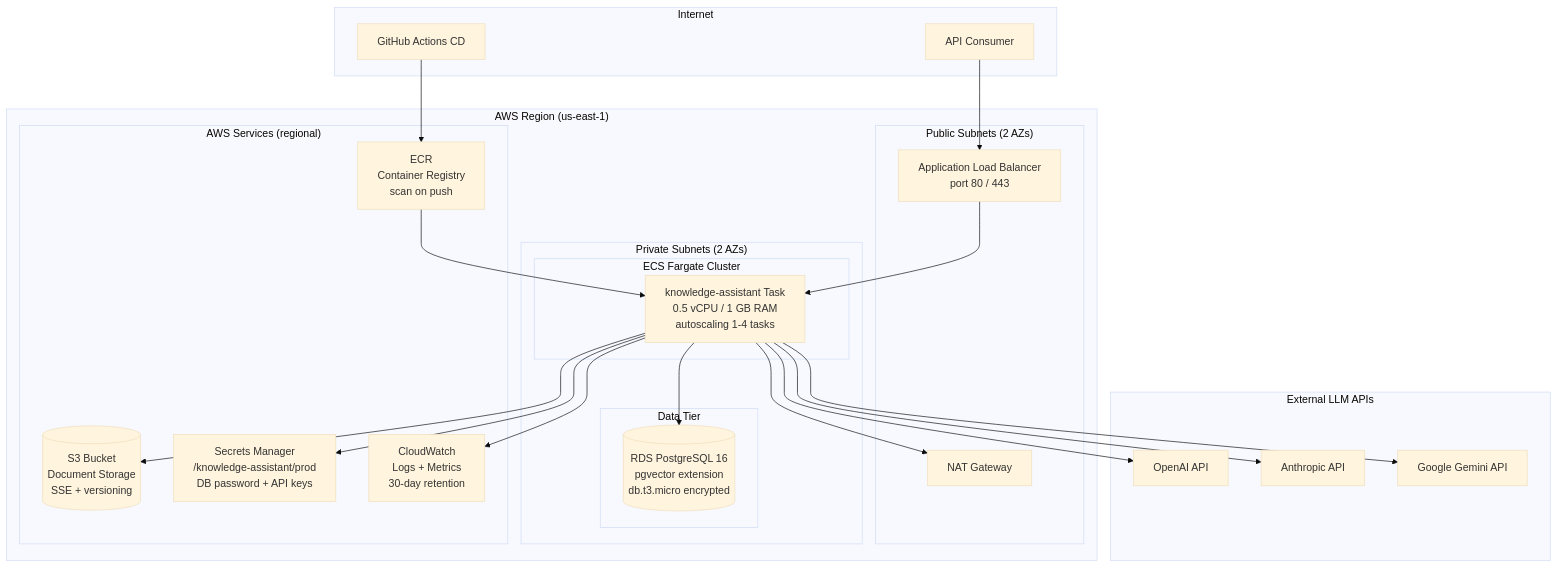
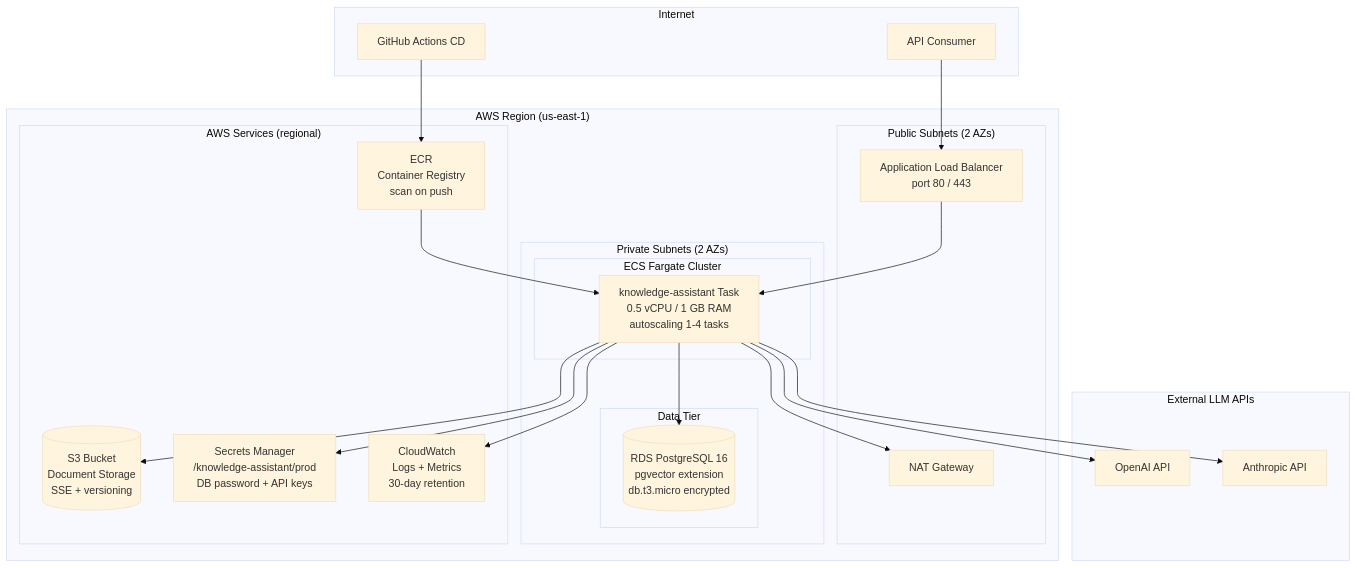
One commit to hishamaborob/knowledge-assistant changed the eighth of 8 diagrams in docs/architecture/ARCHITECTURE.md. Above: the diagram before and after it, drawn with Mermaid (base theme). The commit also changed other lines of this file and 4 other files, not shown here.

````diff
--- a/docs/architecture/ARCHITECTURE.md
+++ b/docs/architecture/ARCHITECTURE.md
@@ -449,50 +452,48 @@
 ```mermaid
 graph TB
     subgraph Internet
         User[API Consumer]
         GH[GitHub Actions CD]
     end
 
     subgraph AWS["AWS Region (us-east-1)"]
         subgraph Public["Public Subnets (2 AZs)"]
             ALB[Application Load Balancer\nport 80 / 443]
             NGW[NAT Gateway]
         end
 
         subgraph Private["Private Subnets (2 AZs)"]
             subgraph ECS["ECS Fargate Cluster"]
                 Task[knowledge-assistant Task\n0.5 vCPU / 1 GB RAM\nautoscaling 1-4 tasks]
             end
 
             subgraph Data["Data Tier"]
                 RDS[(RDS PostgreSQL 16\npgvector extension\ndb.t3.micro encrypted)]
             end
         end
 
         subgraph Services["AWS Services (regional)"]
             S3[(S3 Bucket\nDocument Storage\nSSE + versioning)]
             SM[Secrets Manager\n/knowledge-assistant/prod\nDB password + API keys]
             ECR[ECR\nContainer Registry\nscan on push]
             CW[CloudWatch\nLogs + Metrics\n30-day retention]
         end
     end
 
     subgraph External["External LLM APIs"]
         OAI[OpenAI API]
         ANT[Anthropic API]
-        GEM[Google Gemini API]
     end
 
     User --> ALB
     ALB --> Task
     Task --> RDS
     Task --> S3
     Task --> SM
     Task --> CW
     Task --> OAI
     Task --> ANT
-    Task --> GEM
     Task --> NGW
     GH --> ECR
     ECR --> Task
 ```
````
